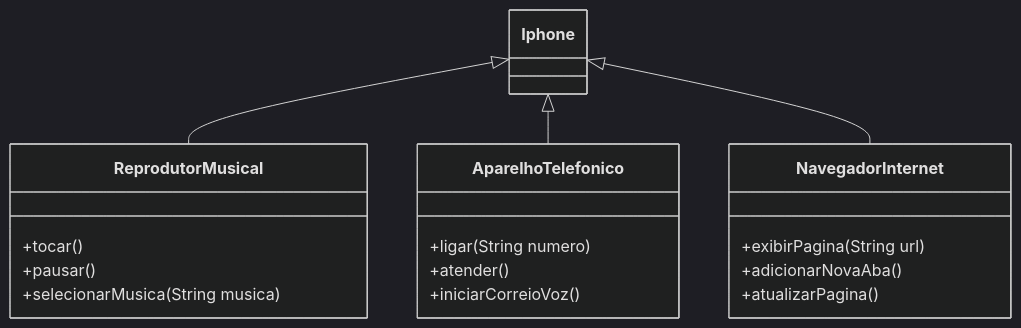
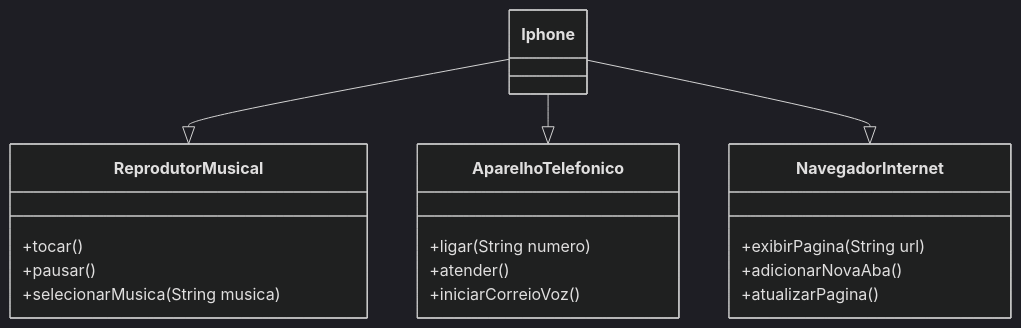
The diagram in POO/desafios/ModelandoIPhone/README.md (gustavosantossh/dio-bootcamp-java), drawn with Mermaid (dark theme) before and after one commit.

````diff
--- a/POO/desafios/ModelandoIPhone/README.md
+++ b/POO/desafios/ModelandoIPhone/README.md
@@ -6,22 +6,22 @@
 ```mermaid
 classDiagram
-    Iphone <|-- ReprodutorMusical
-    Iphone <|-- AparelhoTelefonico
-    Iphone <|-- NavegadorInternet
+    Iphone --|> ReprodutorMusical
+    Iphone --|> AparelhoTelefonico
+    Iphone --|> NavegadorInternet
 
     class ReprodutorMusical{
       +tocar()
       +pausar()
       +selecionarMusica(String musica)
     }
     class AparelhoTelefonico{
       +ligar(String numero)
       +atender()
       +iniciarCorreioVoz()
     }
     class NavegadorInternet{
       +exibirPagina(String url)
       +adicionarNovaAba()
       +atualizarPagina()
     }
 ```
````
